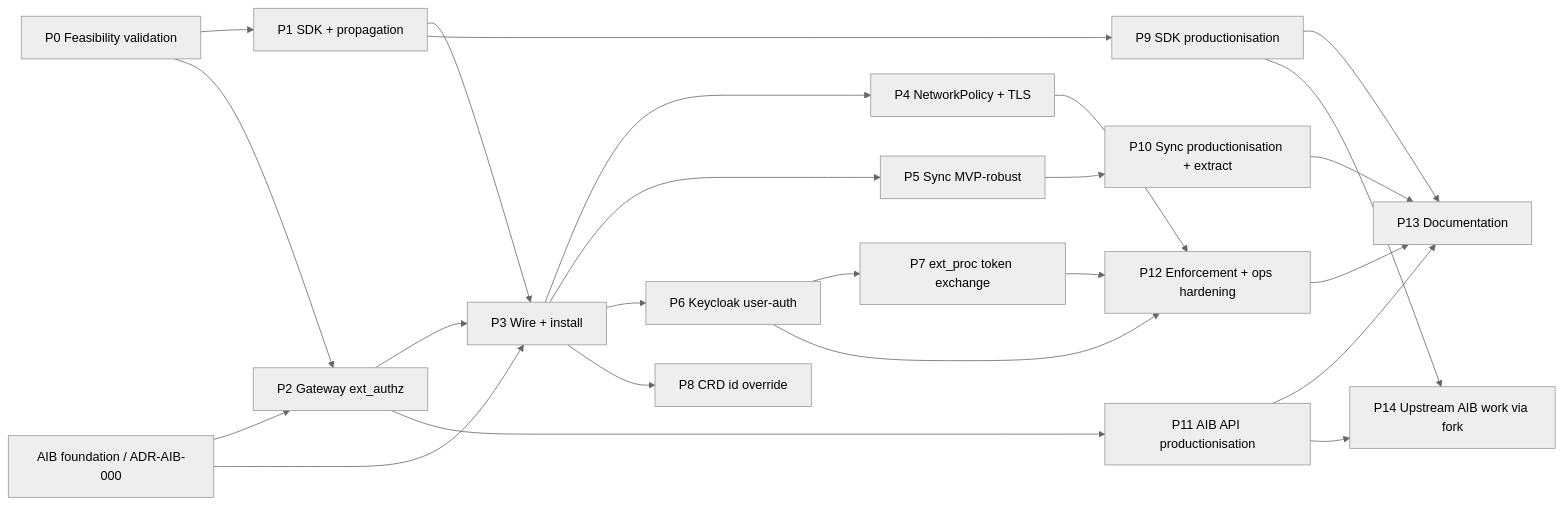
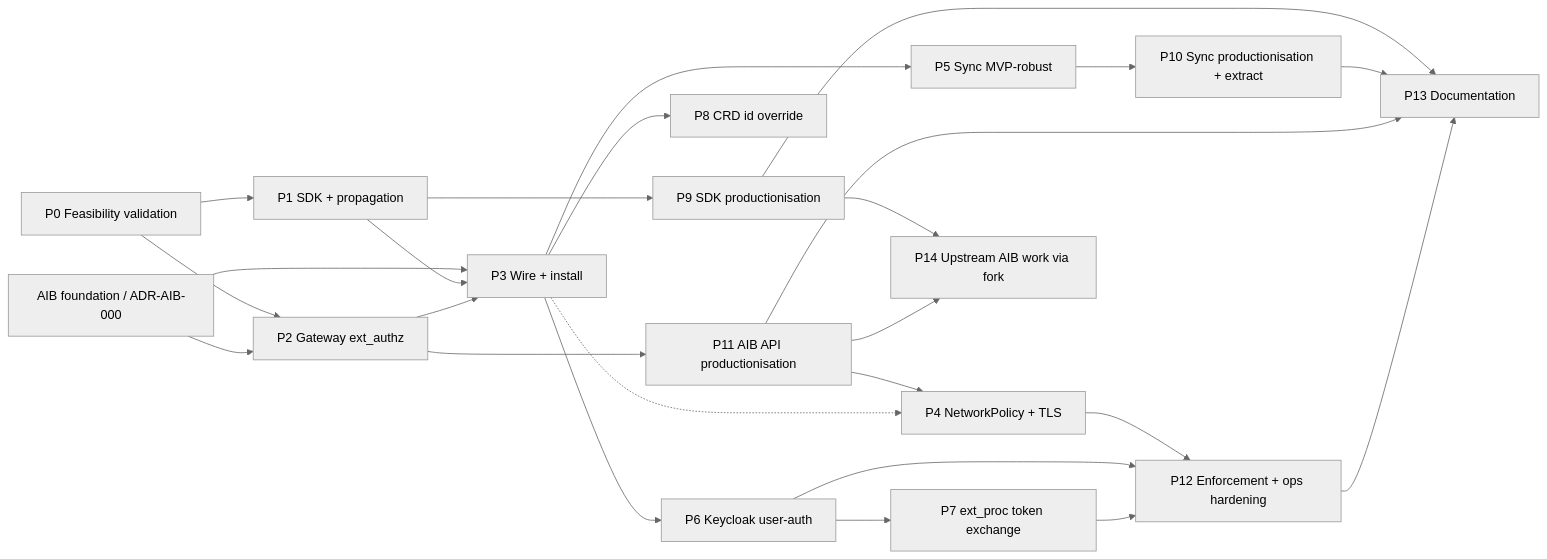
One commit to axsaucedo/kaos-adrs changed the diagram in security-and-identity/plan/proposed-split.md. Above: the diagram before and after it, drawn with Mermaid (neutral theme). The commit also changed other lines of this file and 3 other files, not shown here.

````diff
--- a/security-and-identity/plan/proposed-split.md
+++ b/security-and-identity/plan/proposed-split.md
@@ -212,26 +212,27 @@
 ```mermaid
 graph LR
   P0[P0 Feasibility validation] --> P1[P1 SDK + propagation]
   P0 --> P2[P2 Gateway ext_authz]
   F[AIB foundation / ADR-AIB-000] --> P2
   F --> P3[P3 Wire + install]
   P1 --> P3
   P2 --> P3
-  P3 --> P4[P4 NetworkPolicy + TLS]
   P3 --> P5[P5 Sync MVP-robust]
   P3 --> P6[P6 Keycloak user-auth]
   P3 --> P8[P8 CRD id override]
   P6 --> P7[P7 ext_proc token exchange]
   P1 --> P9[P9 SDK productionisation]
   P5 --> P10[P10 Sync productionisation + extract]
   P2 --> P11[P11 AIB API productionisation]
+  P11 --> P4[P4 NetworkPolicy + TLS]
+  P3 -.-> P4
   P4 --> P12[P12 Enforcement + ops hardening]
   P6 --> P12
   P7 --> P12
   P9 --> P13[P13 Documentation]
   P10 --> P13
   P11 --> P13
   P12 --> P13
   P9 --> P14[P14 Upstream AIB work via fork]
   P11 --> P14
 ```
````
